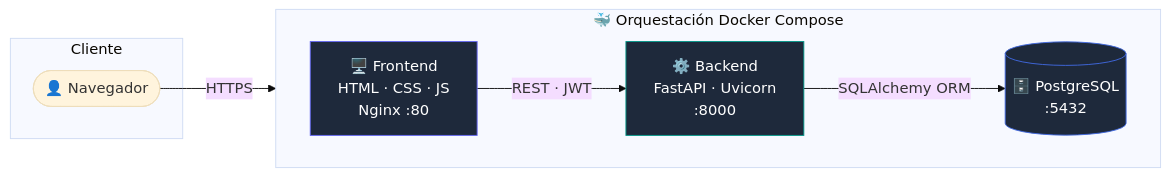
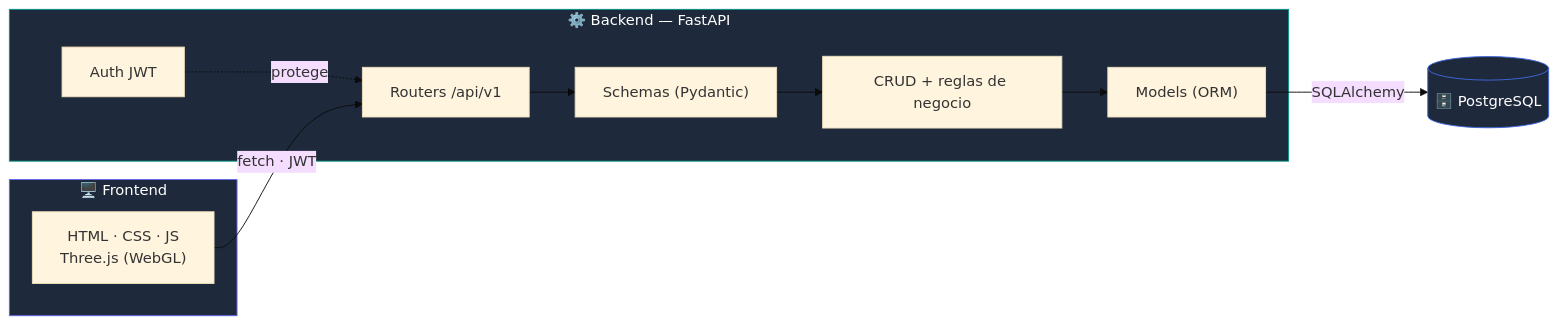
Before and after one commit to Miguel-cast/Laboratorio-4: the first of 2 diagrams in README.md, drawn with Mermaid (base theme). The commit also changed other lines of this file, not shown here.

````diff
--- a/README.md
+++ b/README.md
@@ -122,21 +38,22 @@
 ```mermaid
 flowchart LR
-    subgraph Cliente
-        U([👤 Navegador])
+    subgraph FE["🖥️ Frontend"]
+        H["HTML · CSS · JS<br/>Three.js (WebGL)"]
     end
+    subgraph BE["⚙️ Backend — FastAPI"]
+        R["Routers /api/v1"]
+        S["Schemas (Pydantic)"]
+        C["CRUD + reglas de negocio"]
+        A["Auth JWT"]
+        M["Models (ORM)"]
+        R --> S --> C --> M
+        A -.protege.-> R
+    end
+    DB[("🗄️ PostgreSQL")]
+    H -->|fetch · JWT| R
+    M -->|SQLAlchemy| DB
 
-    subgraph Docker["🐳 Orquestación Docker Compose"]
-        direction LR
-        F["🖥️ Frontend<br/>HTML · CSS · JS<br/>Nginx :80"]
-        B["⚙️ Backend<br/>FastAPI · Uvicorn<br/>:8000"]
-        D[("🗄️ PostgreSQL<br/>:5432")]
-    end
-
-    U -->|HTTPS| F
-    F -->|REST · JWT| B
-    B -->|SQLAlchemy ORM| D
-
-    style F fill:#1e293b,stroke:#6366f1,color:#fff
-    style B fill:#1e293b,stroke:#009688,color:#fff
-    style D fill:#1e293b,stroke:#4169E1,color:#fff
+    style FE fill:#1e293b,stroke:#6366f1,color:#fff
+    style BE fill:#1e293b,stroke:#009688,color:#fff
+    style DB fill:#1e293b,stroke:#4169E1,color:#fff
 ```
````
